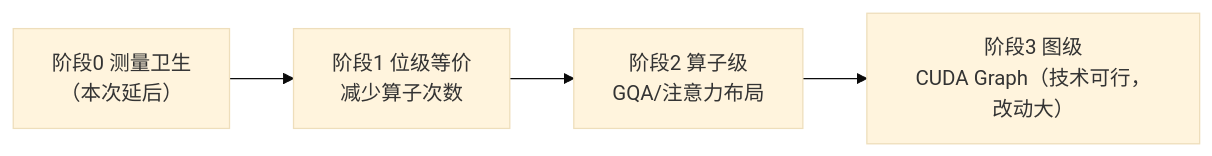
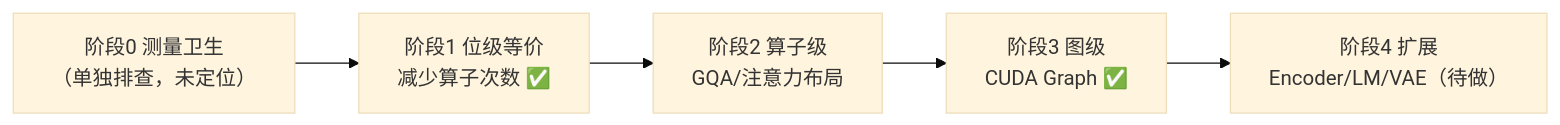
Before and after one commit to yexiyue/talechime: the diagram in docs/records/voxcpm/voxcpm-performance-comparison-2026-10-18.md, drawn with Mermaid (base theme). The commit also changed other lines of this file and 3 other files, not shown here.

First line of the commit message:
docs: record the CUDA graph result and the balanced-allocation rule

````diff
--- a/docs/records/voxcpm/voxcpm-performance-comparison-2026-10-18.md
+++ b/docs/records/voxcpm/voxcpm-performance-comparison-2026-10-18.md
@@ -145,6 +145,7 @@
 ```mermaid
 flowchart LR
-  A["阶段0 测量卫生<br/>（本次延后）"] --> B["阶段1 位级等价<br/>减少算子次数"]
+  A["阶段0 测量卫生<br/>（单独排查，未定位）"] --> B["阶段1 位级等价<br/>减少算子次数 ✅"]
   B --> C["阶段2 算子级<br/>GQA/注意力布局"]
-  C --> D["阶段3 图级<br/>CUDA Graph（技术可行，改动大）"]
+  C --> D["阶段3 图级<br/>CUDA Graph ✅"]
+  D --> E["阶段4 扩展<br/>Encoder/LM/VAE（待做）"]
 ```
````
